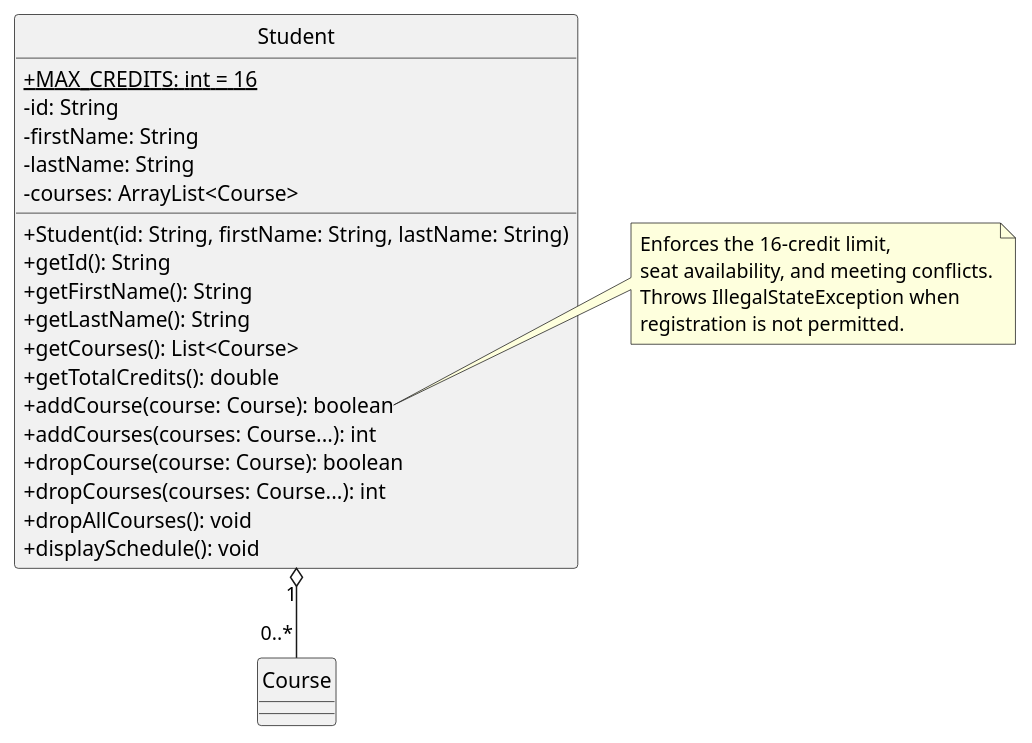
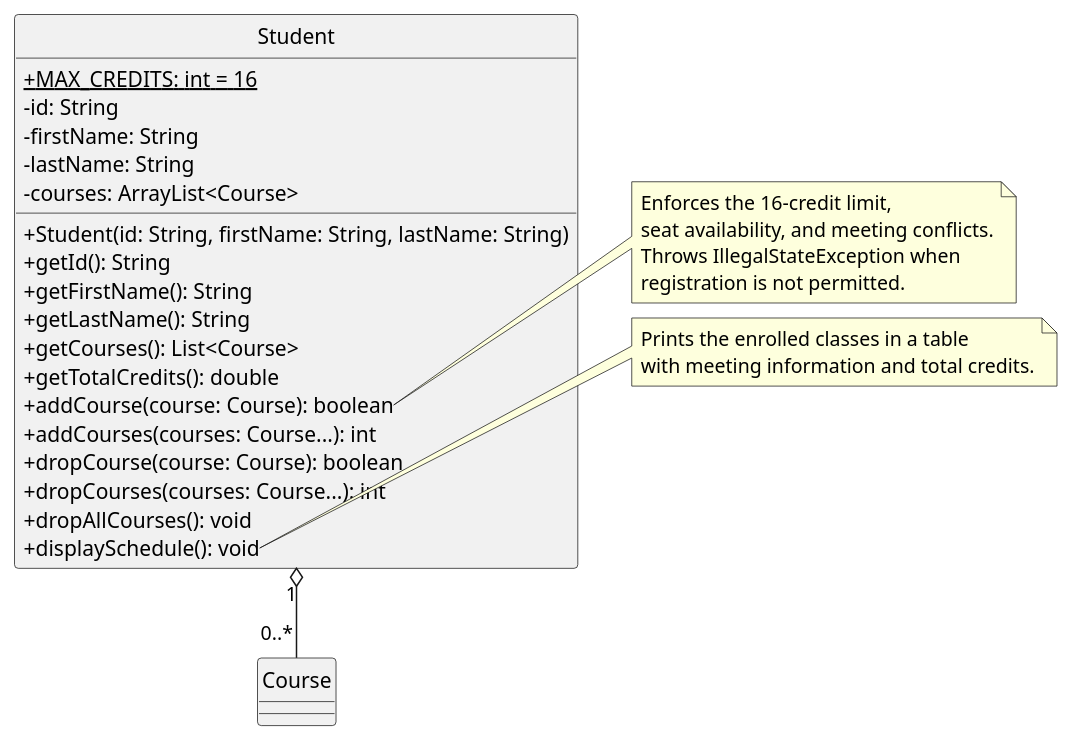
Before and after one commit to avatar12-05/easternRegistration: the diagram in demo/docs/Student.puml, drawn with PlantUML. The commit also changed 2 other files, not shown here.

Commit message:
Add table containing final schedule
//create table display showing final finished schedule created by student

```diff
--- a/demo/docs/Student.puml
+++ b/demo/docs/Student.puml
@@ -1,34 +1,39 @@
 @startuml
 skinparam classAttributeIconSize 0
 hide circle
 
 class Student {
   {static} + MAX_CREDITS: int = 16
   - id: String
   - firstName: String
   - lastName: String
   - courses: ArrayList<Course>
   + Student(id: String, firstName: String, lastName: String)
   + getId(): String
   + getFirstName(): String
   + getLastName(): String
   + getCourses(): List<Course>
   + getTotalCredits(): double
   + addCourse(course: Course): boolean
   + addCourses(courses: Course...): int
   + dropCourse(course: Course): boolean
   + dropCourses(courses: Course...): int
   + dropAllCourses(): void
   + displaySchedule(): void
 }
 
 note right of Student::addCourse
   Enforces the 16-credit limit,
   seat availability, and meeting conflicts.
   Throws IllegalStateException when
   registration is not permitted.
 end note
 
+note right of Student::displaySchedule
+  Prints the enrolled classes in a table
+  with meeting information and total credits.
+end note
+
 Student "1" o-- "0..*" Course
 
 @enduml
```
